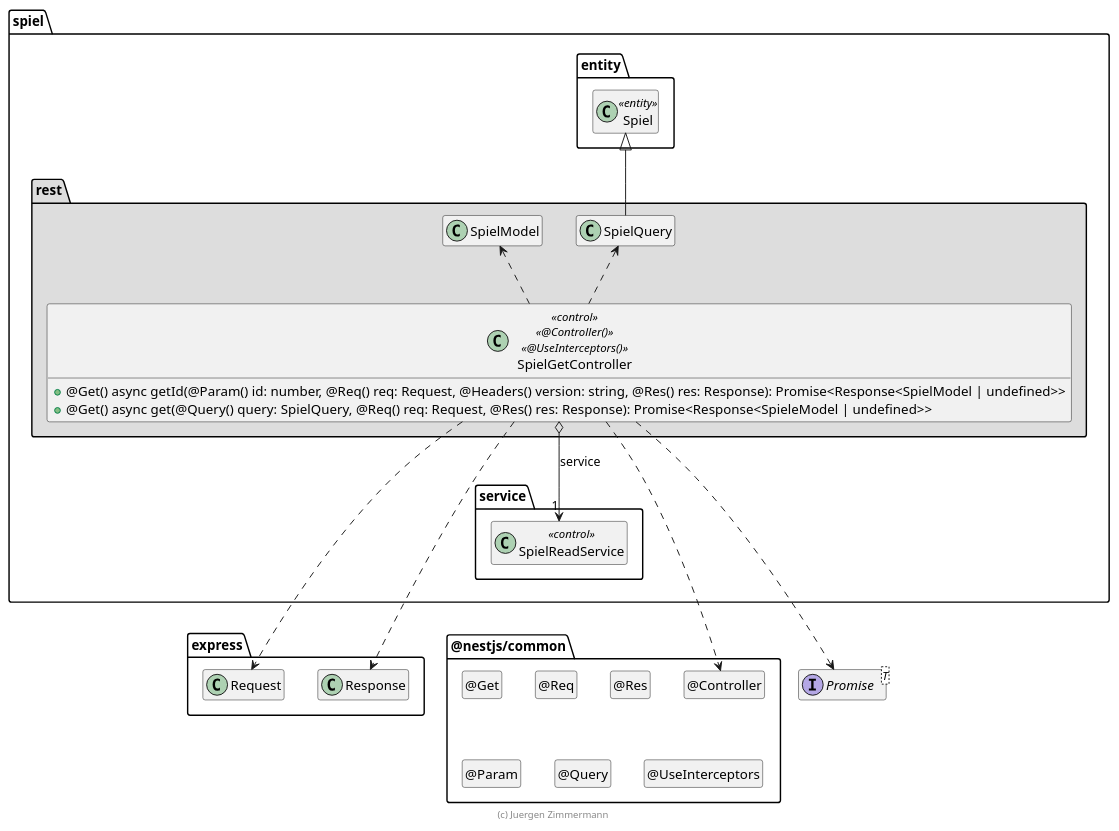
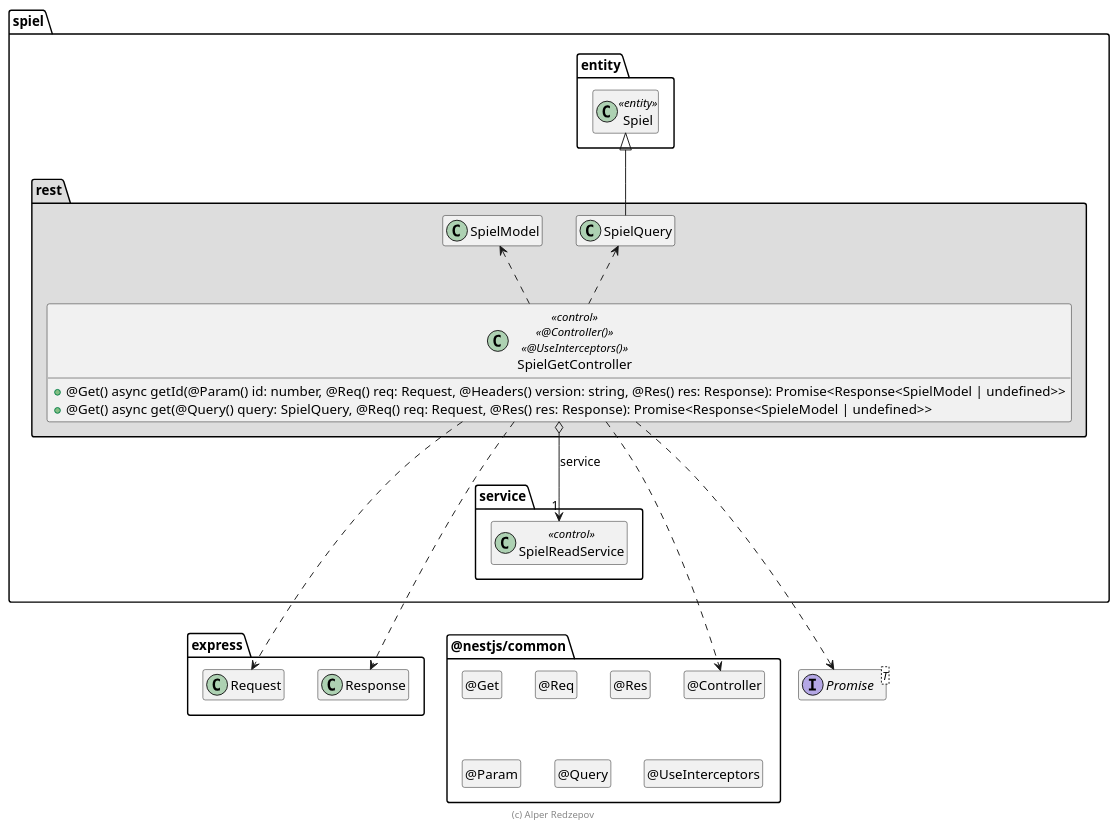
The diagram in .extras/doc/projekthandbuch/SpielGetController.plantuml (alperhka/spiel), drawn with PlantUML before and after one commit. The commit also changed 26 other files, not shown here.

Commit message:
test: neue GraphQL-Testdateien hinzugefügt fix: SQL-Skripte korrigiert docs: Projektbeschreibung aktualisiert

```diff
--- a/.extras/doc/projekthandbuch/SpielGetController.plantuml
+++ b/.extras/doc/projekthandbuch/SpielGetController.plantuml
@@ -18,74 +18,74 @@
 @startuml Controller-Klasse
 
 interface Promise<T>
 
 package @nestjs/common {
   class "@Controller" as Controller
   hide Controller circle
 
   class "@Get" as Get
   hide Get circle
 
   class "@Req" as Req
   hide Req circle
 
   class "@Res" as Res
   hide Res circle
 
   class "@Param" as Param
   hide Param circle
 
   class "@Query" as Query
   hide Query circle
 
   class "@UseInterceptors" as UseInterceptors
   hide UseInterceptors circle
 }
 
 package express {
   class Request
   class Response
 
   Response .[hidden].> Controller
 }
 
 package spiel {
   package entity #FFFFFF {
     class Spiel <<entity>>
 
     Spiel .[hidden].> Promise
     Spiel .[hidden].> Request
   }
 
   package service {
     class SpielReadService << control >>
   }
 
   package rest #DDDDDD {
     SpielQuery -up-|> Spiel
 
     class SpielGetController << control >> << @Controller() >> << @UseInterceptors() >> {
       + @Get() async getId(@Param() id: number, @Req() req: Request, @Headers() version: string, @Res() res: Response): Promise<Response<SpielModel | undefined>>
       + @Get() async get(@Query() query: SpielQuery, @Req() req: Request,  @Res() res: Response): Promise<Response<SpieleModel | undefined>>
     }
 
     SpielGetController o--> "1" SpielReadService : service
 
     SpielGetController ..> Controller
     SpielGetController ..> Request
     SpielGetController ..> Response
     SpielGetController ..> Promise
     SpielGetController .up.> SpielModel
     SpielGetController .up.> SpielQuery
 
     SpielReadService .[hidden].> Request
     SpielReadService .[hidden].> Promise
     Response .right[hidden].> Controller
   }
 }
 
 hide empty members
 
-footer (c) Juergen Zimmermann
+footer (c) Alper Redzepov
 
 @enduml
```
